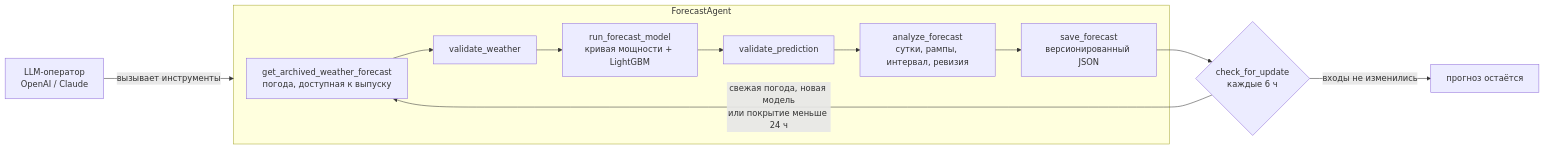
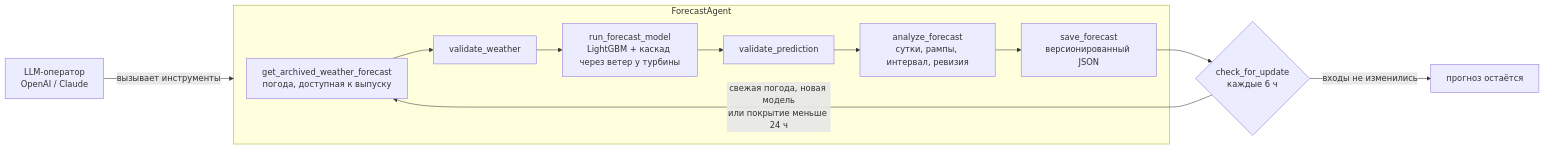
One commit to AmanezCode/hack-8ffdfbfa-zhetysutech changed the diagram in README.md. Above: the diagram before and after it, drawn with Mermaid. The commit also changed other lines of this file and 92 other files, not shown here.

````diff
--- a/README.md
+++ b/README.md
@@ -46,14 +48,14 @@
 ```mermaid
 flowchart LR
     O["LLM-оператор<br/>OpenAI / Claude"] -->|вызывает инструменты| A
     subgraph A["ForecastAgent"]
         W["get_archived_weather_forecast<br/>погода, доступная к выпуску"] --> V1["validate_weather"]
-        V1 --> M["run_forecast_model<br/>кривая мощности + LightGBM"]
+        V1 --> M["run_forecast_model<br/>LightGBM + каскад через ветер у турбины"]
         M --> V2["validate_prediction"]
         V2 --> AN["analyze_forecast<br/>сутки, рампы, интервал, ревизия"]
         AN --> S["save_forecast<br/>версионированный JSON"]
     end
     S --> U{"check_for_update<br/>каждые 6 ч"}
     U -->|свежая погода, новая модель<br/>или покрытие меньше 24 ч| W
     U -->|входы не изменились| K["прогноз остаётся"]
 ```
````
